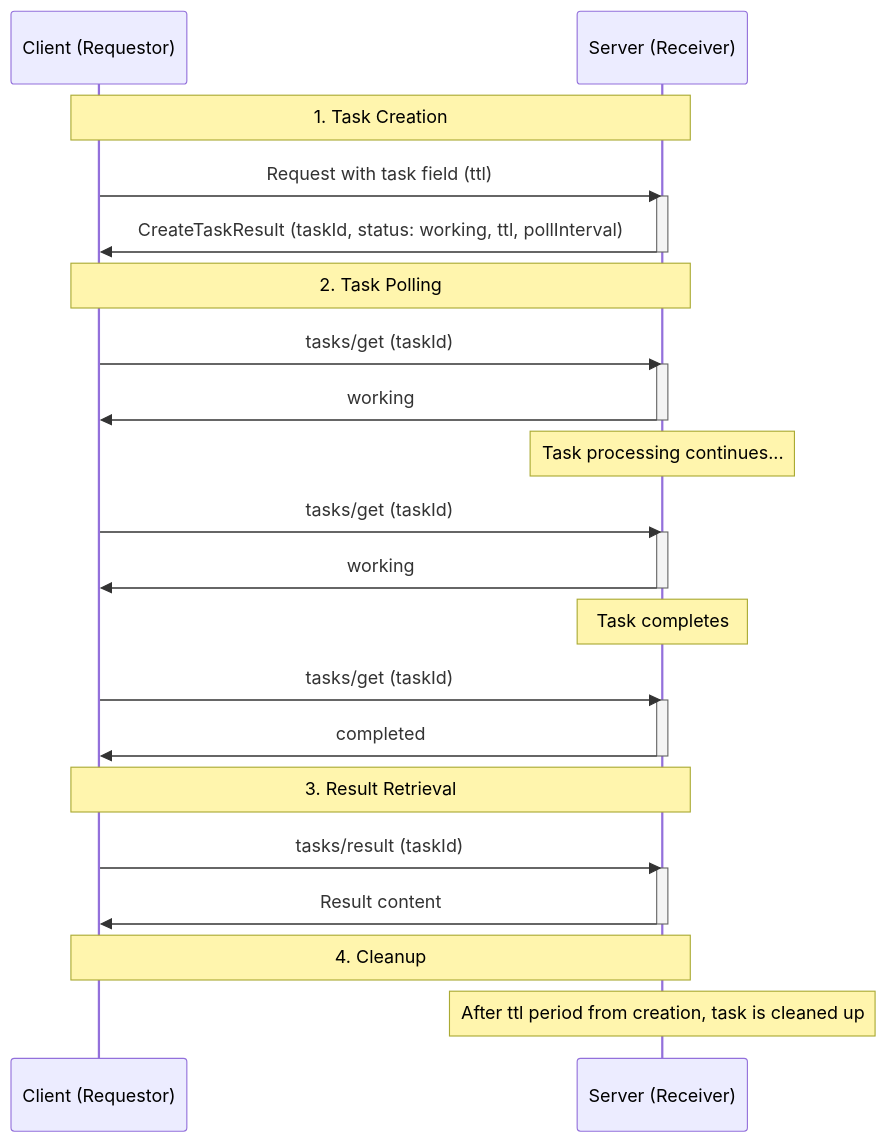
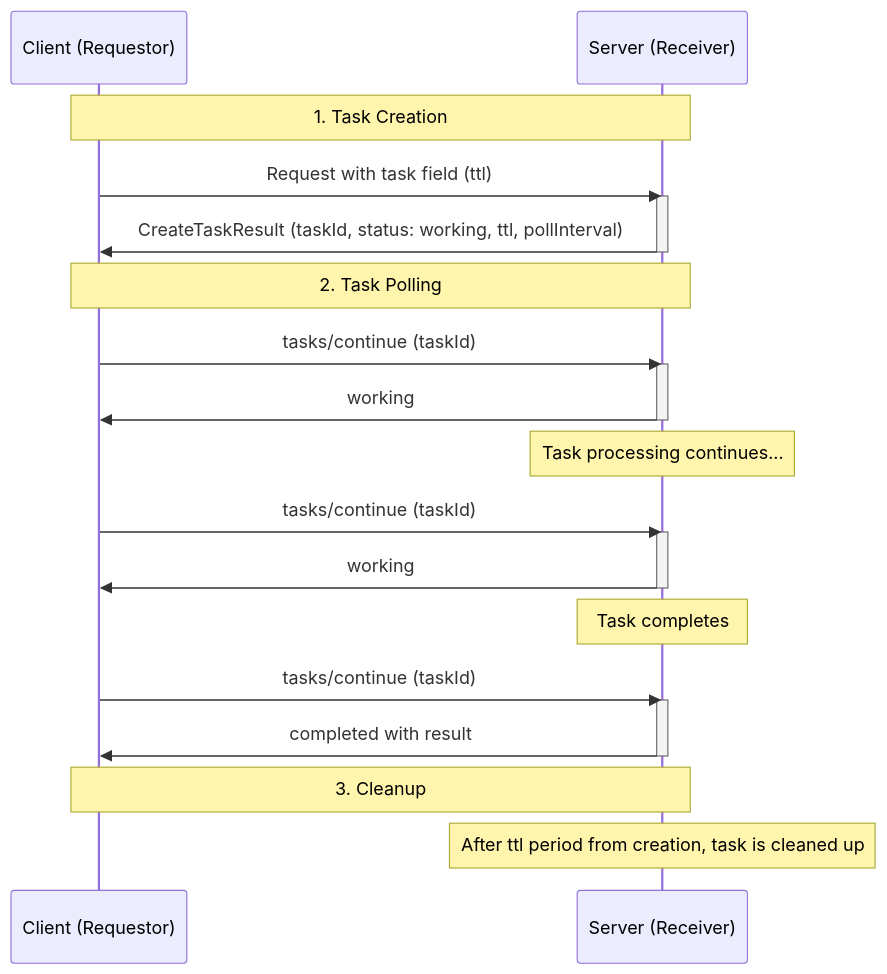
One commit to modelcontextprotocol/modelcontextprotocol changed the second of 5 diagrams in docs/specification/draft/basic/utilities/tasks.mdx. Above: the diagram before and after it, drawn with Mermaid. The commit also changed other lines of this file and 4 other files, not shown here.

````diff
--- a/docs/specification/draft/basic/utilities/tasks.mdx
+++ b/docs/specification/draft/basic/utilities/tasks.mdx
@@ -506,32 +504,27 @@
 ```mermaid
 sequenceDiagram
     participant C as Client (Requestor)
     participant S as Server (Receiver)
     Note over C,S: 1. Task Creation
     C->>S: Request with task field (ttl)
     activate S
     S->>C: CreateTaskResult (taskId, status: working, ttl, pollInterval)
     deactivate S
     Note over C,S: 2. Task Polling
-    C->>S: tasks/get (taskId)
+    C->>S: tasks/continue (taskId)
     activate S
     S->>C: working
     deactivate S
     Note over S: Task processing continues...
-    C->>S: tasks/get (taskId)
+    C->>S: tasks/continue (taskId)
     activate S
     S->>C: working
     deactivate S
     Note over S: Task completes
-    C->>S: tasks/get (taskId)
+    C->>S: tasks/continue (taskId)
     activate S
-    S->>C: completed
+    S->>C: completed with result
     deactivate S
-    Note over C,S: 3. Result Retrieval
-    C->>S: tasks/result (taskId)
-    activate S
-    S->>C: Result content
-    deactivate S
-    Note over C,S: 4. Cleanup
+    Note over C,S: 3. Cleanup
     Note over S: After ttl period from creation, task is cleaned up
 ```
````
